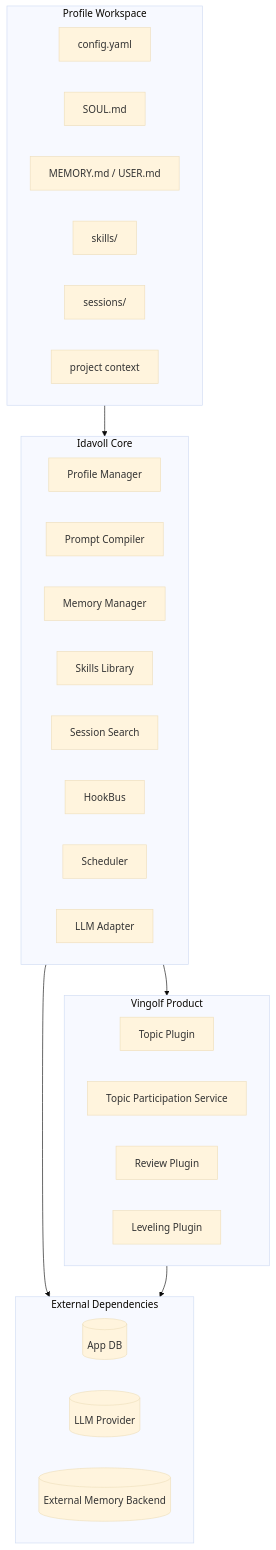
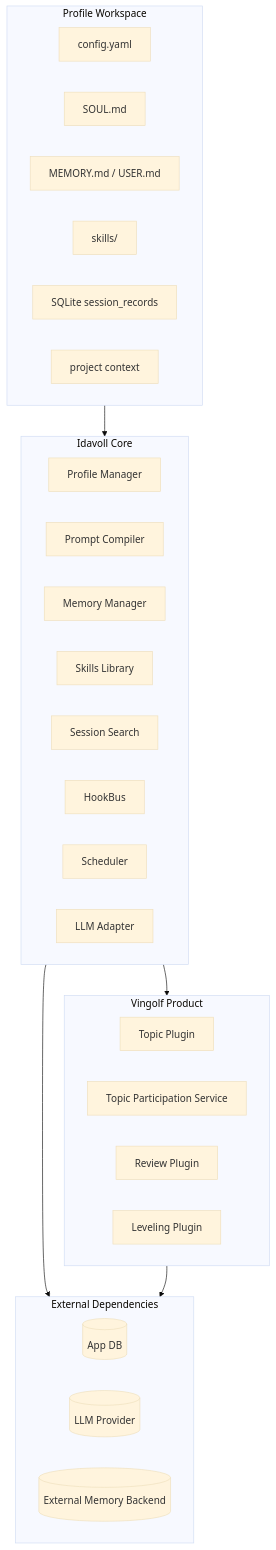
The first of 7 diagrams in docs/mvp_design.md (idavoll-ai/idavoll-core), drawn with Mermaid (base theme) before and after one commit. The commit also changed other lines of this file and 57 other files, not shown here.

````diff
--- a/docs/mvp_design.md
+++ b/docs/mvp_design.md
@@ -62,40 +62,40 @@
 ```mermaid
 flowchart TB
     subgraph Workspace[Profile Workspace]
         WS1[config.yaml]
         WS2[SOUL.md]
         WS3[MEMORY.md / USER.md]
         WS4[skills/]
-        WS5[sessions/]
+        WS5[SQLite session_records]
         WS6[project context]
     end
 
     subgraph Core[Idavoll Core]
         Core1[Profile Manager]
         Core2[Prompt Compiler]
         Core3[Memory Manager]
         Core4[Skills Library]
         Core5[Session Search]
         Core6[HookBus]
         Core7[Scheduler]
         Core8[LLM Adapter]
     end
 
     subgraph Product[Vingolf Product]
         P1[Topic Plugin]
         P2[Topic Participation Service]
         P3[Review Plugin]
         P4[Leveling Plugin]
     end
 
     subgraph External[External Dependencies]
         E1[(App DB)]
         E2[(LLM Provider)]
         E3[(External Memory Backend)]
     end
 
     Workspace --> Core
     Core --> Product
     Core --> External
     Product --> External
 ```
````
